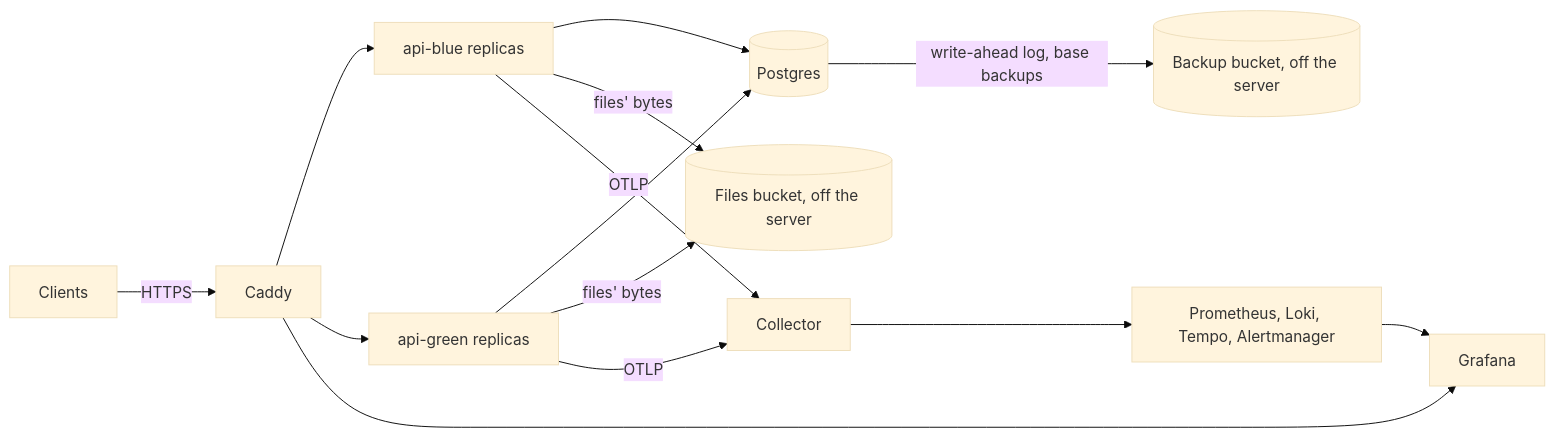
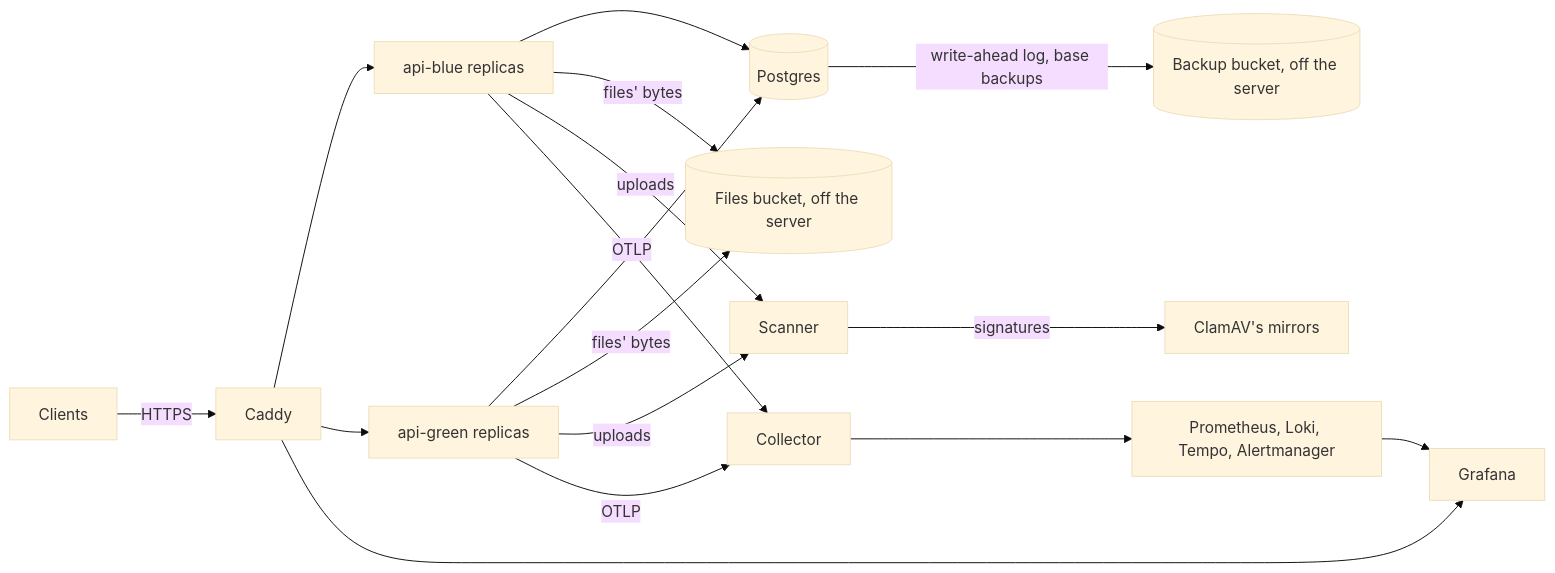
Before and after one commit to Grebyn35/AntWorker-API-Rust: the diagram in docs/operations/deploy.md, drawn with Mermaid (base theme). The commit also changed other lines of this file and 55 other files, not shown here.

````diff
--- a/docs/operations/deploy.md
+++ b/docs/operations/deploy.md
@@ -7,12 +7,14 @@
 ```mermaid
 flowchart LR
   client[Clients] -- HTTPS --> caddy[Caddy]
   caddy --> blue[api-blue replicas] & green[api-green replicas]
   caddy --> grafana[Grafana]
   blue & green --> postgres[(Postgres)]
   blue & green -- files' bytes --> files[(Files bucket, off the server)]
+  blue & green -- uploads --> scanner[Scanner]
+  scanner -- signatures --> mirrors[ClamAV's mirrors]
   postgres -- write-ahead log, base backups --> bucket[(Backup bucket, off the server)]
   blue & green -- OTLP --> collector[Collector]
   collector --> stack[Prometheus, Loki, Tempo, Alertmanager]
   stack --> grafana
 ```
````
